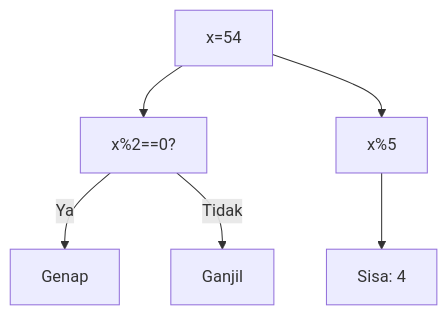
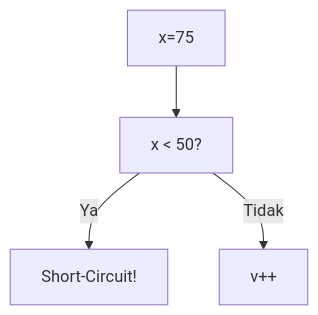
Before and after one commit to amnahwaida/OSNK_INF_PREP: diagram 13 of 25 in part-c-pemahaman-cpp/02-percabangan/latihan/set-03.md, drawn with Mermaid. The commit also changed other lines of this file and 71 other files, not shown here.

````diff
--- a/part-c-pemahaman-cpp/02-percabangan/latihan/set-03.md
+++ b/part-c-pemahaman-cpp/02-percabangan/latihan/set-03.md
@@ -367,8 +359,6 @@
 ```mermaid
 graph TD
-A["x=54"] --> B["x%2==0?"]
-B -- Ya --> C["Genap"]
-B -- Tidak --> D["Ganjil"]
-A --> E["x%5"]
-E --> F["Sisa: 4"]
+A["x=75"] --> B["x < 50?"]
+B -- Ya --> C["Short-Circuit!"]
+B -- Tidak --> D["v++"]
 ```
````
